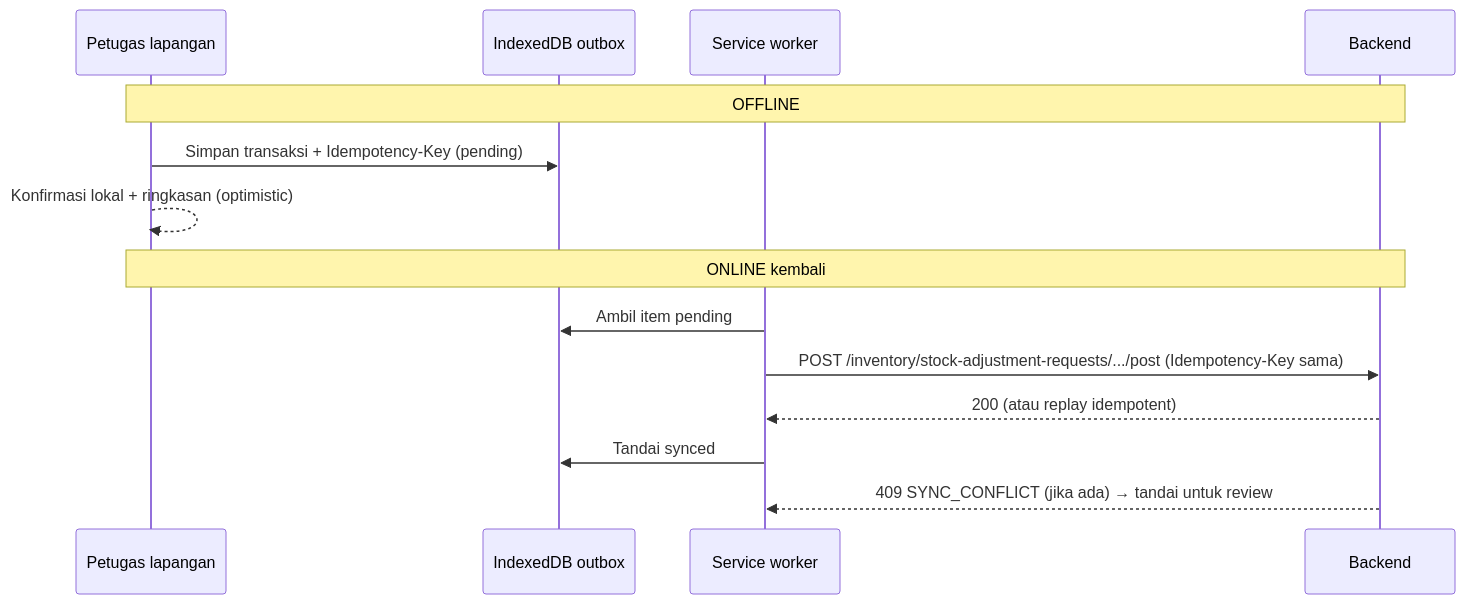
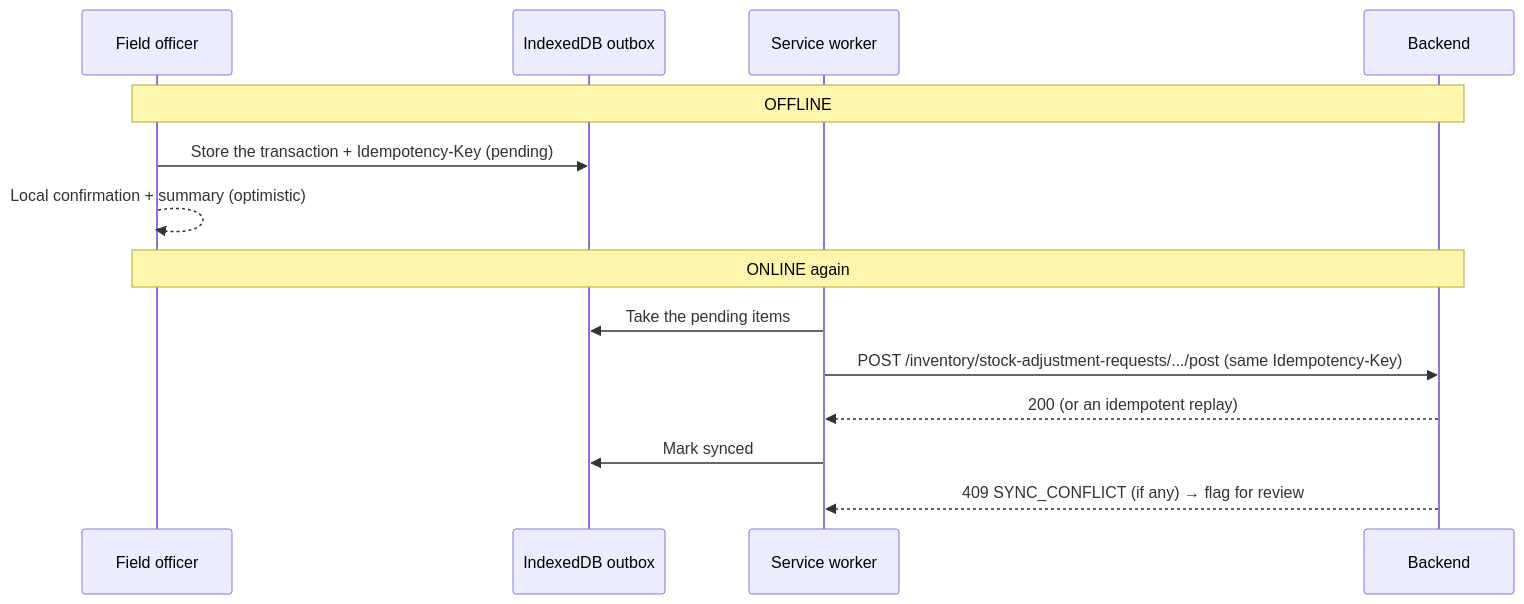
The third of 3 diagrams in docs/awcms/15_frontend_architecture_integration.md (ahliweb/awcms), drawn with Mermaid before and after one commit. The commit also changed other lines of this file and 603 other files, not shown here.

````diff
--- a/docs/awcms/15_frontend_architecture_integration.md
+++ b/docs/awcms/15_frontend_architecture_integration.md
@@ -187,16 +189,16 @@
 ```mermaid
 sequenceDiagram
-  participant K as Petugas lapangan
+  participant K as Field officer
   participant IDB as IndexedDB outbox
   participant SW as Service worker
   participant API as Backend
   Note over K,API: OFFLINE
-  K->>IDB: Simpan transaksi + Idempotency-Key (pending)
-  K-->>K: Konfirmasi lokal + ringkasan (optimistic)
-  Note over K,API: ONLINE kembali
-  SW->>IDB: Ambil item pending
-  SW->>API: POST /inventory/stock-adjustment-requests/.../post (Idempotency-Key sama)
-  API-->>SW: 200 (atau replay idempotent)
-  SW->>IDB: Tandai synced
-  API-->>SW: 409 SYNC_CONFLICT (jika ada) → tandai untuk review
+  K->>IDB: Store the transaction + Idempotency-Key (pending)
+  K-->>K: Local confirmation + summary (optimistic)
+  Note over K,API: ONLINE again
+  SW->>IDB: Take the pending items
+  SW->>API: POST /inventory/stock-adjustment-requests/.../post (same Idempotency-Key)
+  API-->>SW: 200 (or an idempotent replay)
+  SW->>IDB: Mark synced
+  API-->>SW: 409 SYNC_CONFLICT (if any) → flag for review
 ```
````
